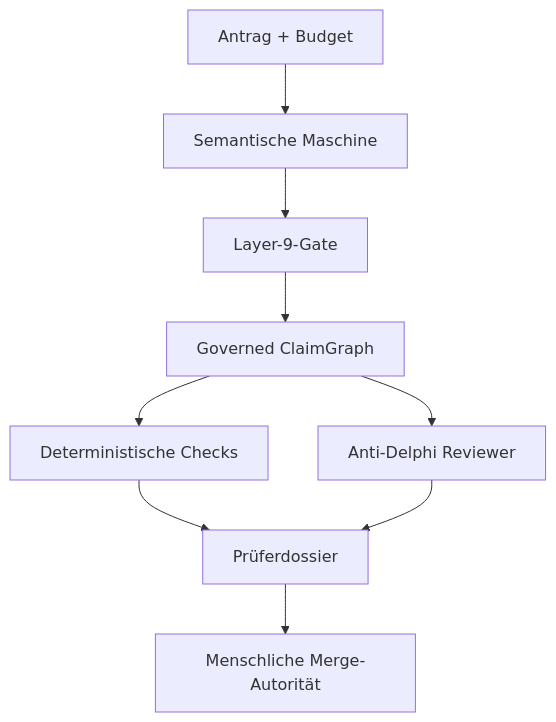
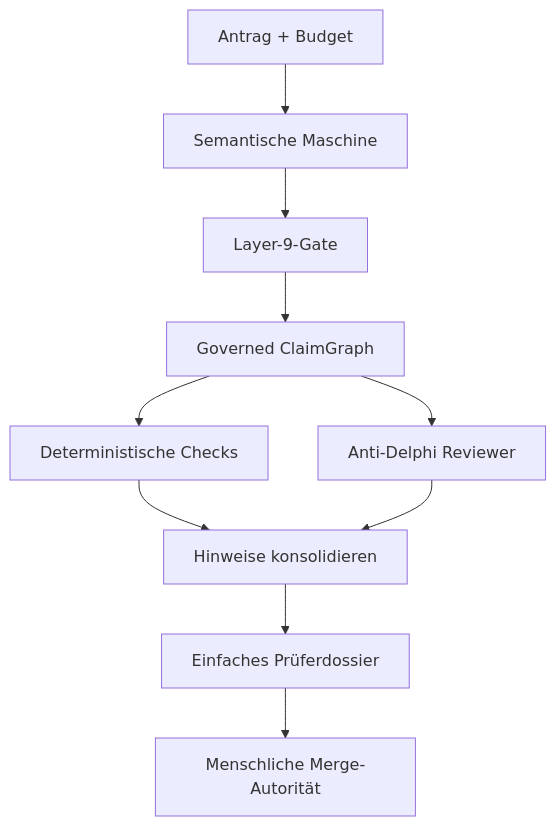
The diagram in README.md (hstre/Budget-Review), drawn with Mermaid before and after one commit. The commit also changed other lines of this file and 13 other files, not shown here.

````diff
--- a/README.md
+++ b/README.md
@@ -13,11 +13,12 @@
 ```mermaid
 flowchart TD
     A["Antrag + Budget"] --> B["Semantische Maschine"]
     B --> C["Layer-9-Gate"]
     C --> D["Governed ClaimGraph"]
     D --> E["Deterministische Checks"]
     D --> F["Anti-Delphi Reviewer"]
-    E --> G["Prüferdossier"]
+    E --> G["Hinweise konsolidieren"]
     F --> G
-    G --> H["Menschliche Merge-Autorität"]
+    G --> H["Einfaches Prüferdossier"]
+    H --> I["Menschliche Merge-Autorität"]
 ```
````
